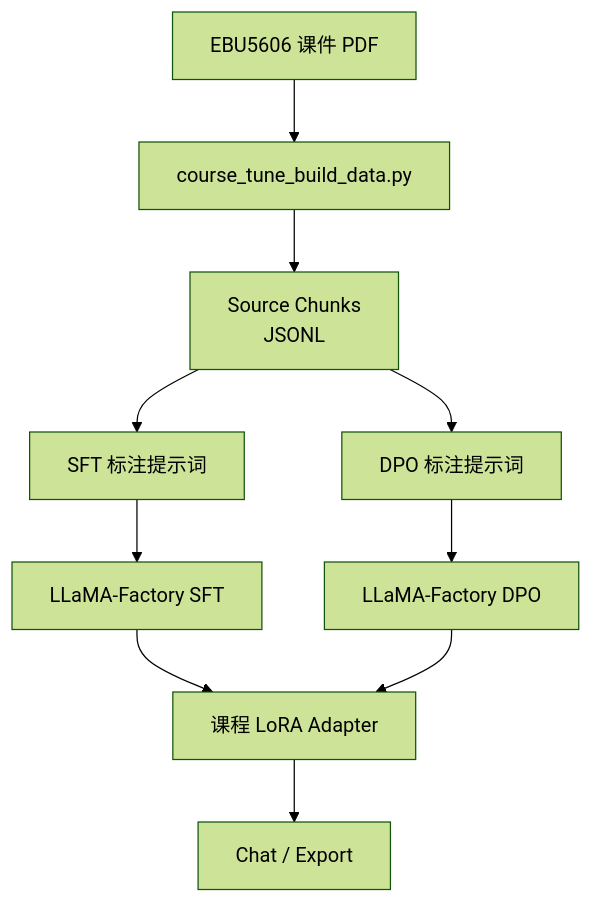
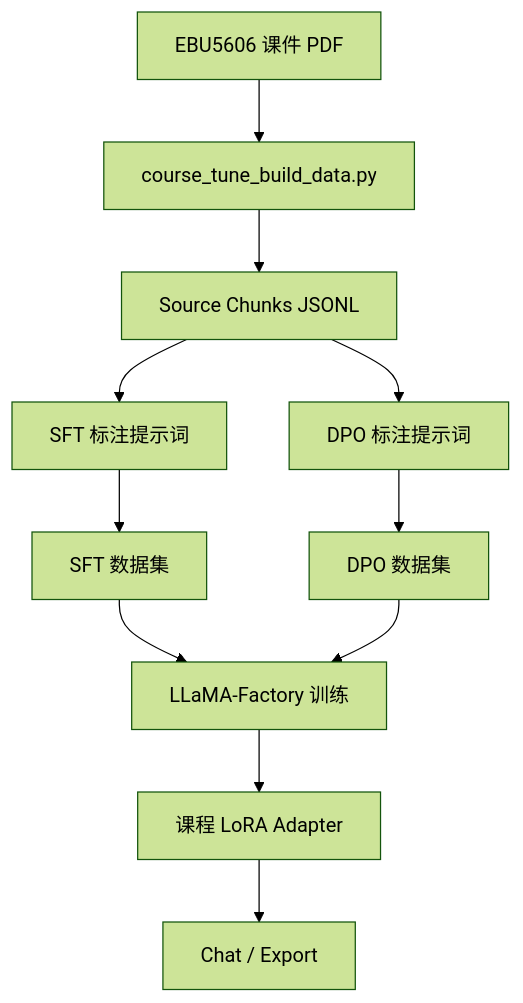
One commit to GuMiShDo666/coursetune changed the diagram in README_zh.md. Above: the diagram before and after it, drawn with Mermaid (forest theme). The commit also changed other lines of this file and 550 other files, not shown here.

````diff
--- a/README_zh.md
+++ b/README_zh.md
@@ -102,12 +99,13 @@
 ```mermaid
 graph TD
     A[EBU5606 课件 PDF] --> B[course_tune_build_data.py]
-    B --> C[Source Chunks<br/>JSONL]
+    B --> C[Source Chunks JSONL]
     C --> D[SFT 标注提示词]
     C --> E[DPO 标注提示词]
-    D --> F[LLaMA-Factory SFT]
-    E --> G[LLaMA-Factory DPO]
-    F --> H[课程 LoRA Adapter]
+    D --> F[SFT 数据集]
+    E --> G[DPO 数据集]
+    F --> H[LLaMA-Factory 训练]
     G --> H
-    H --> I[Chat / Export]
+    H --> I[课程 LoRA Adapter]
+    I --> J[Chat / Export]
 ```
````
